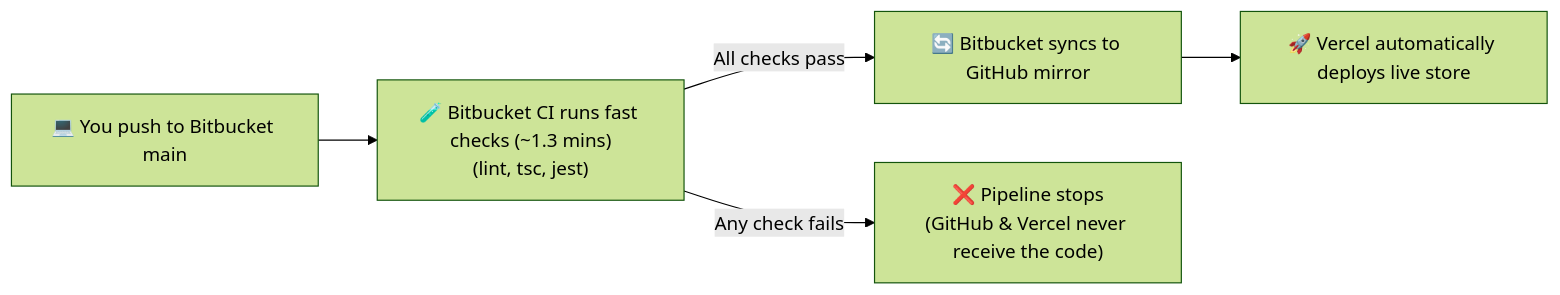
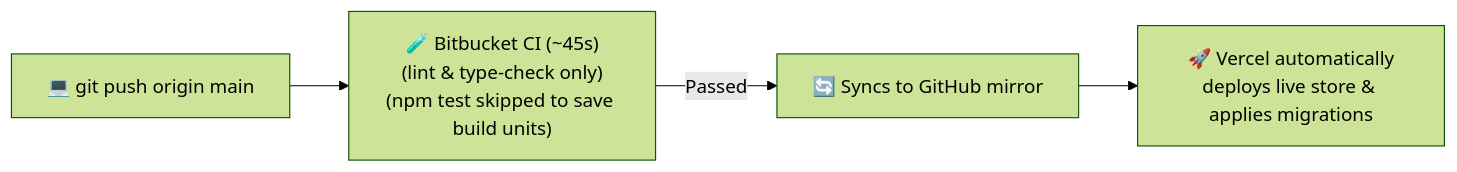
Before and after one commit to androidnikhil/wide-vogue: the second of 2 diagrams in docs/deployment.md, drawn with Mermaid (forest theme). The commit also changed other lines of this file and 12 other files, not shown here.

Commit message:
feat(devops): configure database isolation, live catalog sync, automated backups, and optimized bitbucket pipeline

````diff
--- a/docs/deployment.md
+++ b/docs/deployment.md
@@ -61,7 +60,6 @@
 ```mermaid
 flowchart LR
-    A["💻 You push to Bitbucket main"] --> B["🧪 Bitbucket CI runs fast checks (~1.3 mins)\n(lint, tsc, jest)"]
-    B -->|All checks pass| C["🔄 Bitbucket syncs to GitHub mirror"]
-    C --> D["🚀 Vercel automatically deploys live store"]
-    B -->|Any check fails| E["❌ Pipeline stops\n(GitHub & Vercel never receive the code)"]
+    A["💻 git push origin main"] --> B["🧪 Bitbucket CI (~45s)\n(lint & type-check only)\n(npm test skipped to save build units)"]
+    B -->|Passed| C["🔄 Syncs to GitHub mirror"]
+    C --> D["🚀 Vercel automatically\ndeploys live store & applies migrations"]
 ```
````
